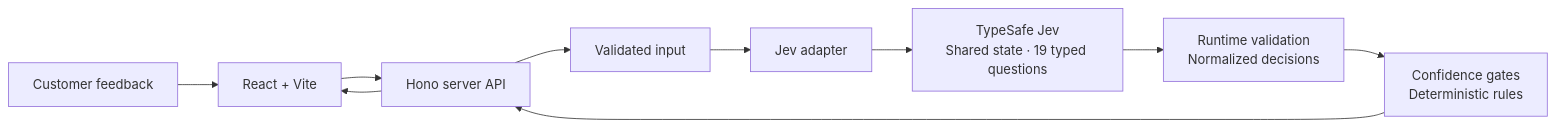
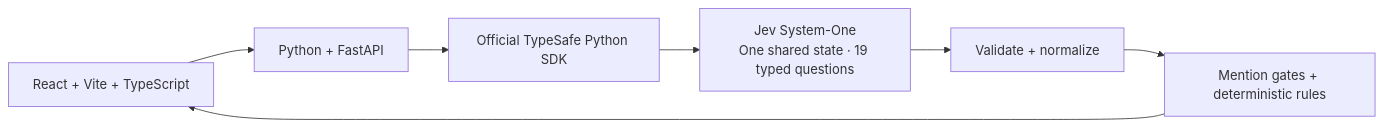
One commit to dumpydon/jevon changed the diagram in README.md. Above: the diagram before and after it, drawn with Mermaid. The commit also changed other lines of this file and 46 other files, not shown here.

````diff
--- a/README.md
+++ b/README.md
@@ -22,12 +22,9 @@
 ```mermaid
 flowchart LR
-  U[Customer feedback] --> UI[React + Vite]
-  UI --> API[Hono server API]
-  API --> V[Validated input]
-  V --> A[Jev adapter]
-  A --> J[TypeSafe Jev<br/>Shared state · 19 typed questions]
-  J --> N[Runtime validation<br/>Normalized decisions]
-  N --> R[Confidence gates<br/>Deterministic rules]
-  R --> API
-  API --> UI
+  UI[React + Vite + TypeScript] --> API[Python + FastAPI]
+  API --> SDK[Official TypeSafe Python SDK]
+  SDK --> J[Jev System-One<br/>One shared state · 19 typed questions]
+  J --> N[Validate + normalize]
+  N --> R[Mention gates + deterministic rules]
+  R --> UI
 ```
````
